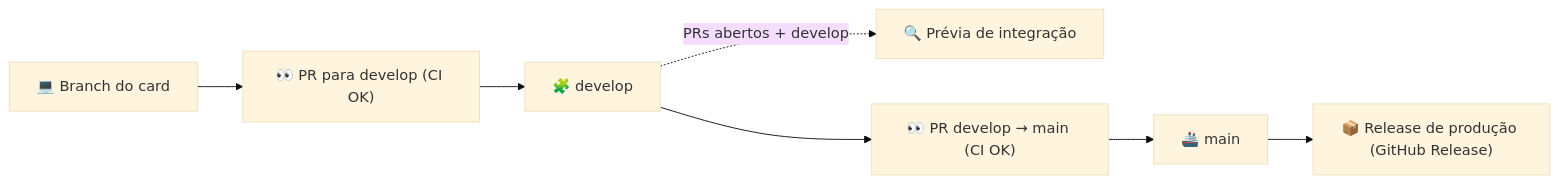
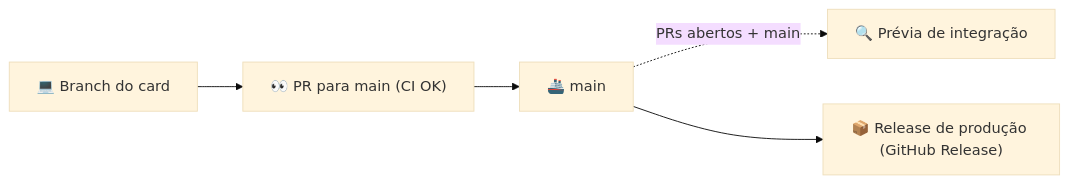
Before and after one commit to ErickHTF/margemAI: the diagram in DEPLOY.md, drawn with Mermaid (base theme). The commit also changed other lines of this file and 7 other files, not shown here.

First line of the commit message:
ci(ci): usar main como única branch base no lugar de develop e PPS

````diff
--- a/DEPLOY.md
+++ b/DEPLOY.md
@@ -9,9 +9,7 @@
 ```mermaid
 flowchart LR
-    DEV["💻 Branch do card"] --> PR["👀 PR para develop (CI OK)"]
-    PR --> DEVELOP["🧩 develop"]
-    DEVELOP -.->|PRs abertos + develop| PREV["🔍 Prévia de integração"]
-    DEVELOP --> PRMAIN["👀 PR develop → main (CI OK)"]
-    PRMAIN --> MAIN["🚢 main"]
+    DEV["💻 Branch do card"] --> PR["👀 PR para main (CI OK)"]
+    PR --> MAIN["🚢 main"]
+    MAIN -.->|PRs abertos + main| PREV["🔍 Prévia de integração"]
     MAIN --> REL["📦 Release de produção (GitHub Release)"]
 ```
````
